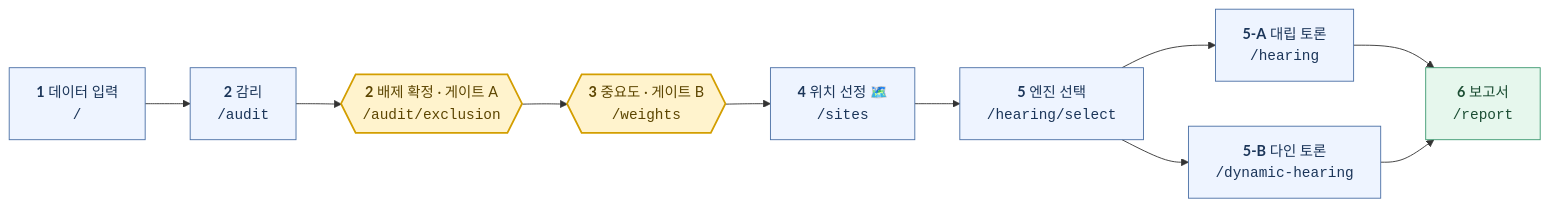
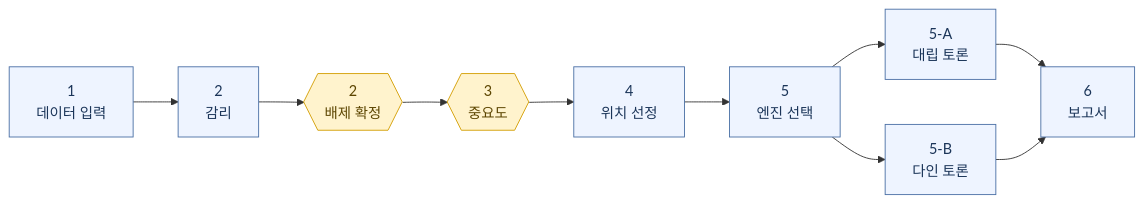
One commit to popzap/KTAIVLE_BigProject_Front changed the diagram in README.md. Above: the diagram before and after it, drawn with Mermaid. The commit also changed other lines of this file and 1 other file, not shown here.

````diff
--- a/README.md
+++ b/README.md
@@ -60,23 +24,12 @@
 ```mermaid
 flowchart LR
-    A["<b>1</b> 데이터 입력<br/><code>/</code>"]
-    B["<b>2</b> 감리<br/><code>/audit</code>"]
-    C{{"<b>2</b> 배제 확정 · 게이트 A<br/><code>/audit/exclusion</code>"}}
-    D{{"<b>3</b> 중요도 · 게이트 B<br/><code>/weights</code>"}}
-    E["<b>4</b> 위치 선정 🗺️<br/><code>/sites</code>"]
-    F["<b>5</b> 엔진 선택<br/><code>/hearing/select</code>"]
-    G["<b>5-A</b> 대립 토론<br/><code>/hearing</code>"]
-    H["<b>5-B</b> 다인 토론<br/><code>/dynamic-hearing</code>"]
-    I["<b>6</b> 보고서<br/><code>/report</code>"]
+    A["1<br/>데이터 입력"] --> B["2<br/>감리"] --> C{{"2<br/>배제 확정"}}
+    C --> D{{"3<br/>중요도"}} --> E["4<br/>위치 선정"] --> F["5<br/>엔진 선택"]
+    F --> G["5-A<br/>대립 토론"] --> I["6<br/>보고서"]
+    F --> H["5-B<br/>다인 토론"] --> I
 
-    A --> B --> C --> D --> E --> F
-    F --> G --> I
-    F --> H --> I
-
-    classDef gate fill:#fff3cd,stroke:#d39e00,stroke-width:2px,color:#5c4500;
+    classDef gate fill:#fff3cd,stroke:#d39e00,color:#5c4500;
     classDef scr fill:#eef4ff,stroke:#4a6fa5,color:#1b3559;
-    classDef out fill:#e6f7ed,stroke:#3d9970,color:#1b4d33;
     class C,D gate;
-    class A,B,E,F,G,H scr;
-    class I out;
+    class A,B,E,F,G,H,I scr;
 ```
````
